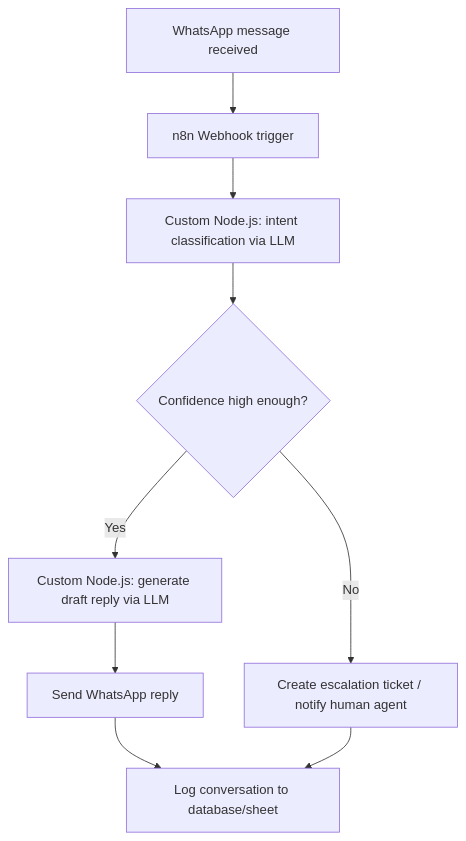
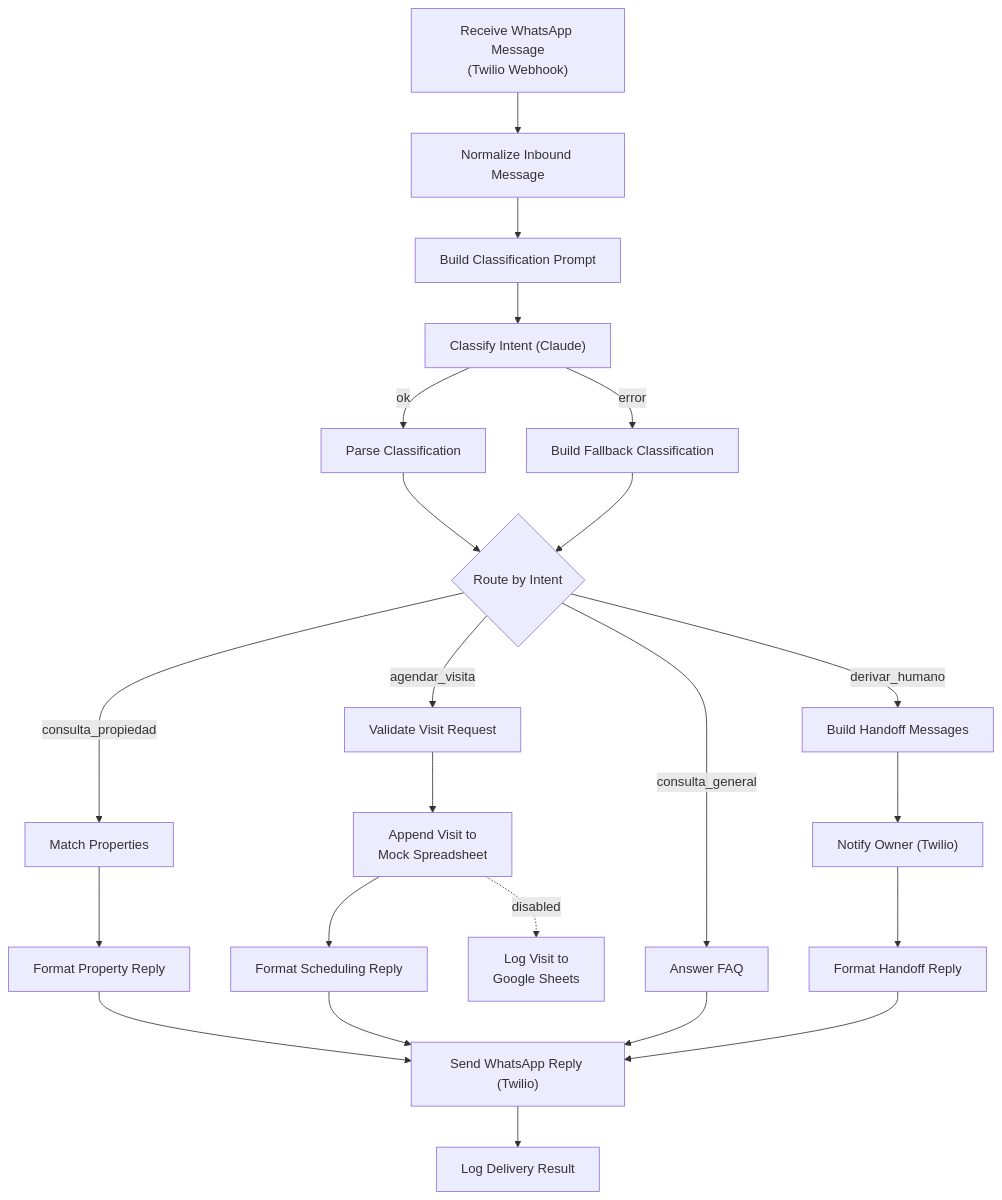
The diagram in demos/01-whatsapp-agent/README.md (ignacionicola/automation-demos), drawn with Mermaid before and after one commit. The commit also changed other lines of this file and 19 other files, not shown here.

First line of the commit message:
Implement demo 01: WhatsApp agent for a real estate agency

````diff
--- a/demos/01-whatsapp-agent/README.md
+++ b/demos/01-whatsapp-agent/README.md
@@ -22,11 +25,32 @@
 ```mermaid
 flowchart TD
-    A[WhatsApp message received] --> B[n8n Webhook trigger]
-    B --> C[Custom Node.js: intent classification via LLM]
-    C --> D{Confidence high enough?}
-    D -- Yes --> E[Custom Node.js: generate draft reply via LLM]
-    E --> F[Send WhatsApp reply]
-    D -- No --> G[Create escalation ticket / notify human agent]
-    F --> H[Log conversation to database/sheet]
-    G --> H
+    A["Receive WhatsApp Message<br/>(Twilio Webhook)"] --> B[Normalize Inbound Message]
+    B --> C[Build Classification Prompt]
+    C --> D["Classify Intent (Claude)"]
+
+    D -->|ok| E[Parse Classification]
+    D -->|error| F[Build Fallback Classification]
+
+    E --> G{Route by Intent}
+    F --> G
+
+    G -->|consulta_propiedad| H[Match Properties]
+    H --> I[Format Property Reply]
+
+    G -->|agendar_visita| J[Validate Visit Request]
+    J --> K["Append Visit to<br/>Mock Spreadsheet"]
+    K --> L[Format Scheduling Reply]
+    K -.disabled.-> M["Log Visit to<br/>Google Sheets"]
+
+    G -->|consulta_general| N[Answer FAQ]
+
+    G -->|derivar_humano| O[Build Handoff Messages]
+    O --> P["Notify Owner (Twilio)"]
+    P --> Q[Format Handoff Reply]
+
+    I --> R["Send WhatsApp Reply (Twilio)"]
+    L --> R
+    N --> R
+    Q --> R
+    R --> S[Log Delivery Result]
 ```
````
